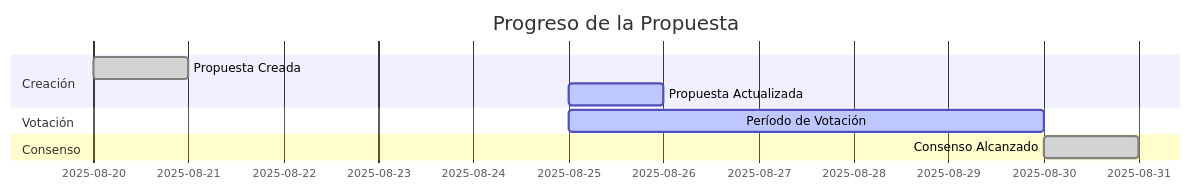
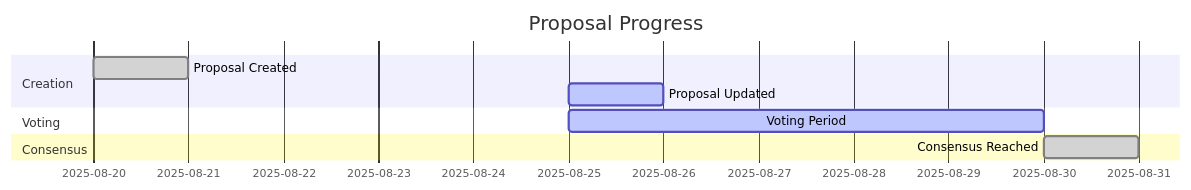
One commit to mgaDesarrollo/Governance-Dashboard-2 changed the diagram in components/mermaid-timeline.mmd. Above: the diagram before and after it, drawn with Mermaid. The commit also changed 4 other files, not shown here.

```diff
--- a/components/mermaid-timeline.mmd
+++ b/components/mermaid-timeline.mmd
@@ -1,10 +1,10 @@
 gantt
-    title Progreso de la Propuesta
+    title Proposal Progress
     dateFormat YYYY-MM-DD
-    section Creación
-    Propuesta Creada :done, 2025-08-20, 1d
-    Propuesta Actualizada :active, 2025-08-25, 1d
-    section Votación
-    Período de Votación :active, 2025-08-25, 5d
-    section Consenso
-    Consenso Alcanzado :done, 2025-08-30, 1d
+    section Creation
+    Proposal Created :done, 2025-08-20, 1d
+    Proposal Updated :active, 2025-08-25, 1d
+    section Voting
+    Voting Period :active, 2025-08-25, 5d
+    section Consensus
+    Consensus Reached :done, 2025-08-30, 1d
```
